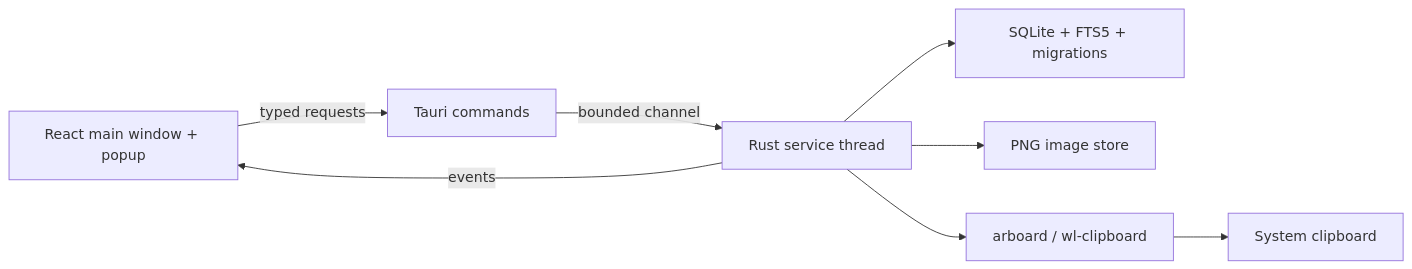
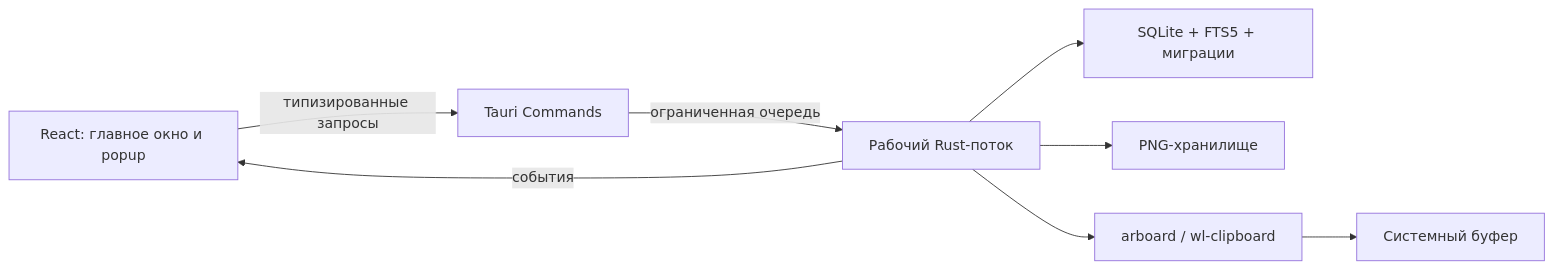
Before and after one commit to m3wqd/clipvault: the diagram in README.md, drawn with Mermaid. The commit also changed other lines of this file and 1 other file, not shown here.

````diff
--- a/README.md
+++ b/README.md
@@ -87,10 +111,10 @@
 ```mermaid
 flowchart LR
-  React[React main window + popup] -->|typed requests| IPC[Tauri commands]
-  IPC -->|bounded channel| Worker[Rust service thread]
-  Worker --> SQLite[SQLite + FTS5 + migrations]
-  Worker --> Images[PNG image store]
+  React[React: главное окно и popup] -->|типизированные запросы| IPC[Tauri Commands]
+  IPC -->|ограниченная очередь| Worker[Рабочий Rust-поток]
+  Worker --> SQLite[SQLite + FTS5 + миграции]
+  Worker --> Images[PNG-хранилище]
   Worker --> Adapter[arboard / wl-clipboard]
-  Adapter --> Clipboard[System clipboard]
-  Worker -->|events| React
+  Adapter --> Clipboard[Системный буфер]
+  Worker -->|события| React
 ```
````
